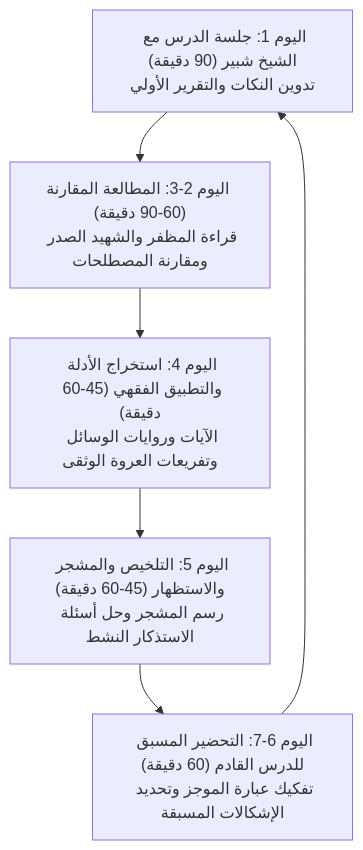
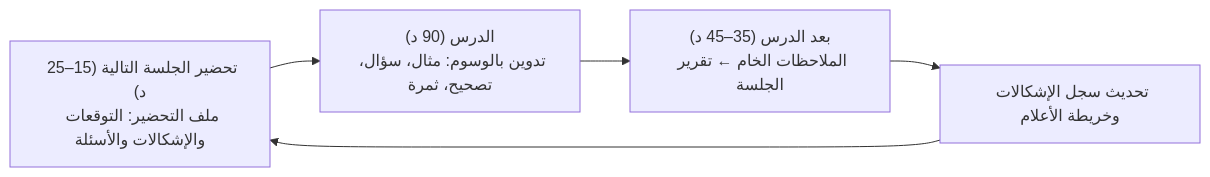
One commit to emadlawati/Shaykh-Shabbir changed the diagram in Usul/README.md. Above: the diagram before and after it, drawn with Mermaid. The commit also changed other lines of this file and 17 other files, not shown here.

````diff
--- a/Usul/README.md
+++ b/Usul/README.md
@@ -11,8 +11,7 @@
 ```mermaid
-graph TD
-    A["اليوم 1: جلسة الدرس مع الشيخ شبير (90 دقيقة)<br>تدوين النكات والتقرير الأولي"] --> B["اليوم 2-3: المطالعة المقارنة (60-90 دقيقة)<br>قراءة المظفر والشهيد الصدر ومقارنة المصطلحات"]
-    B --> C["اليوم 4: استخراج الأدلة والتطبيق الفقهي (45-60 دقيقة)<br>الآيات وروايات الوسائل وتفريعات العروة الوثقى"]
-    C --> D["اليوم 5: التلخيص والمشجر والاستظهار (45-60 دقيقة)<br>رسم المشجر وحل أسئلة الاستذكار النشط"]
-    D --> E["اليوم 6-7: التحضير المسبق للدرس القادم (60 دقيقة)<br>تفكيك عبارة الموجز وتحديد الإشكالات المسبقة"]
-    E --> A
+graph LR
+    A["تحضير الجلسة التالية (15–25 د)<br>ملف التحضير: التوقعات والإشكالات والأسئلة"] --> B["الدرس (90 د)<br>تدوين بالوسوم: مثال، سؤال، تصحيح، ثمرة"]
+    B --> C["بعد الدرس (35–45 د)<br>الملاحظات الخام ← تقرير الجلسة"]
+    C --> D["تحديث سجل الإشكالات وخريطة الأعلام"]
+    D --> A
 ```
````
